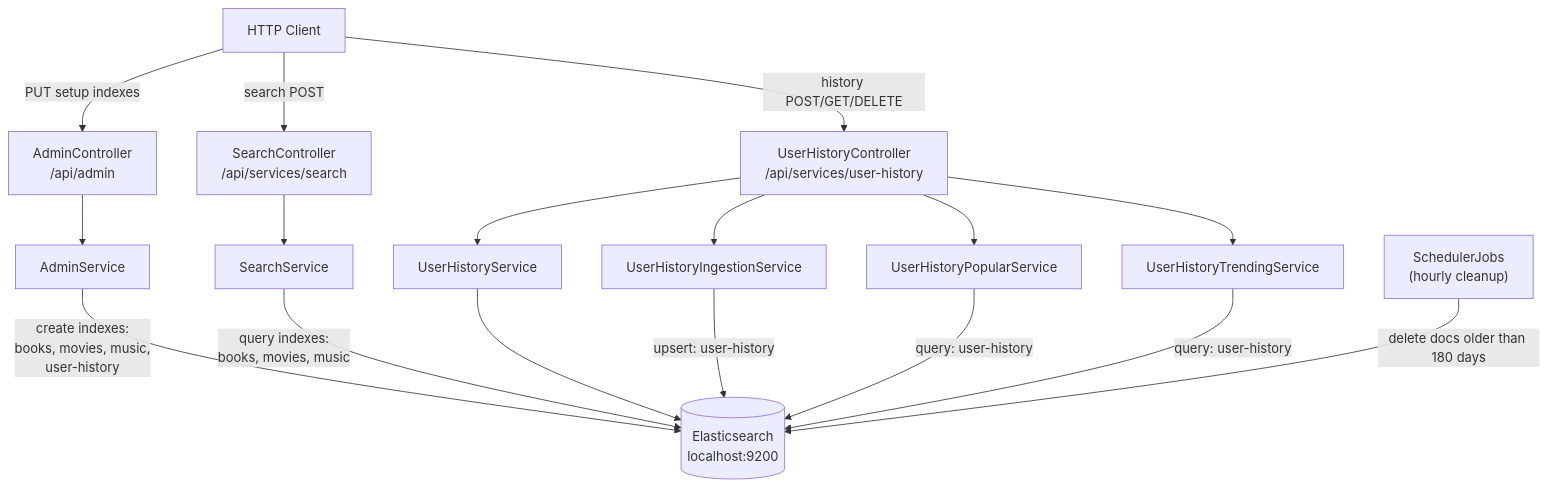
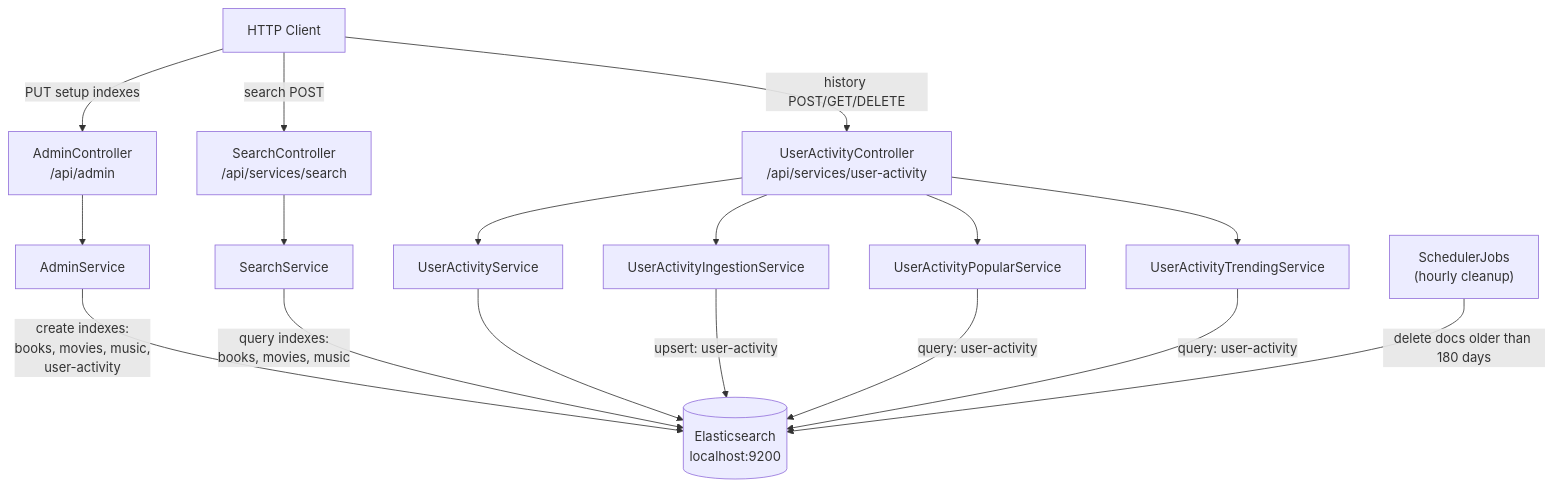
The first of 2 diagrams in elastic/README.md (islonik/JavaCraft), drawn with Mermaid before and after one commit. The commit also changed other lines of this file and 20 other files, not shown here.

Commit message:
elastic fixes - rename UserHistory to UserActivity

````diff
--- a/elastic/README.md
+++ b/elastic/README.md
@@ -48,32 +48,32 @@
 ```mermaid
 flowchart TD
     Client["HTTP Client"]
     AC["AdminController\n/api/admin"]
     SC["SearchController\n/api/services/search"]
-    UHC["UserHistoryController\n/api/services/user-history"]
+    UHC["UserActivityController\n/api/services/user-activity"]
     AS["AdminService"]
     SS["SearchService"]
-    UHS["UserHistoryService"]
-    UHIS["UserHistoryIngestionService"]
-    UHPS["UserHistoryPopularService"]
-    UHTS["UserHistoryTrendingService"]
+    UHS["UserActivityService"]
+    UHIS["UserActivityIngestionService"]
+    UHPS["UserActivityPopularService"]
+    UHTS["UserActivityTrendingService"]
     SCHED["SchedulerJobs\n(hourly cleanup)"]
     ES[("Elasticsearch\nlocalhost:9200")]
 
     Client -->|PUT setup indexes| AC
     Client -->|search POST| SC
     Client -->|history POST/GET/DELETE| UHC
     AC --> AS
     SC --> SS
     UHC --> UHS
     UHC --> UHIS
     UHC --> UHPS
     UHC --> UHTS
-    AS -->|"create indexes:\nbooks, movies, music,\nuser-history"| ES
+    AS -->|"create indexes:\nbooks, movies, music,\nuser-activity"| ES
     SS -->|"query indexes:\nbooks, movies, music"| ES
     UHS --> ES
-    UHIS -->|"upsert: user-history"| ES
-    UHPS -->|"query: user-history"| ES
-    UHTS -->|"query: user-history"| ES
+    UHIS -->|"upsert: user-activity"| ES
+    UHPS -->|"query: user-activity"| ES
+    UHTS -->|"query: user-activity"| ES
     SCHED -->|delete docs older than 180 days| ES
 ```
````
